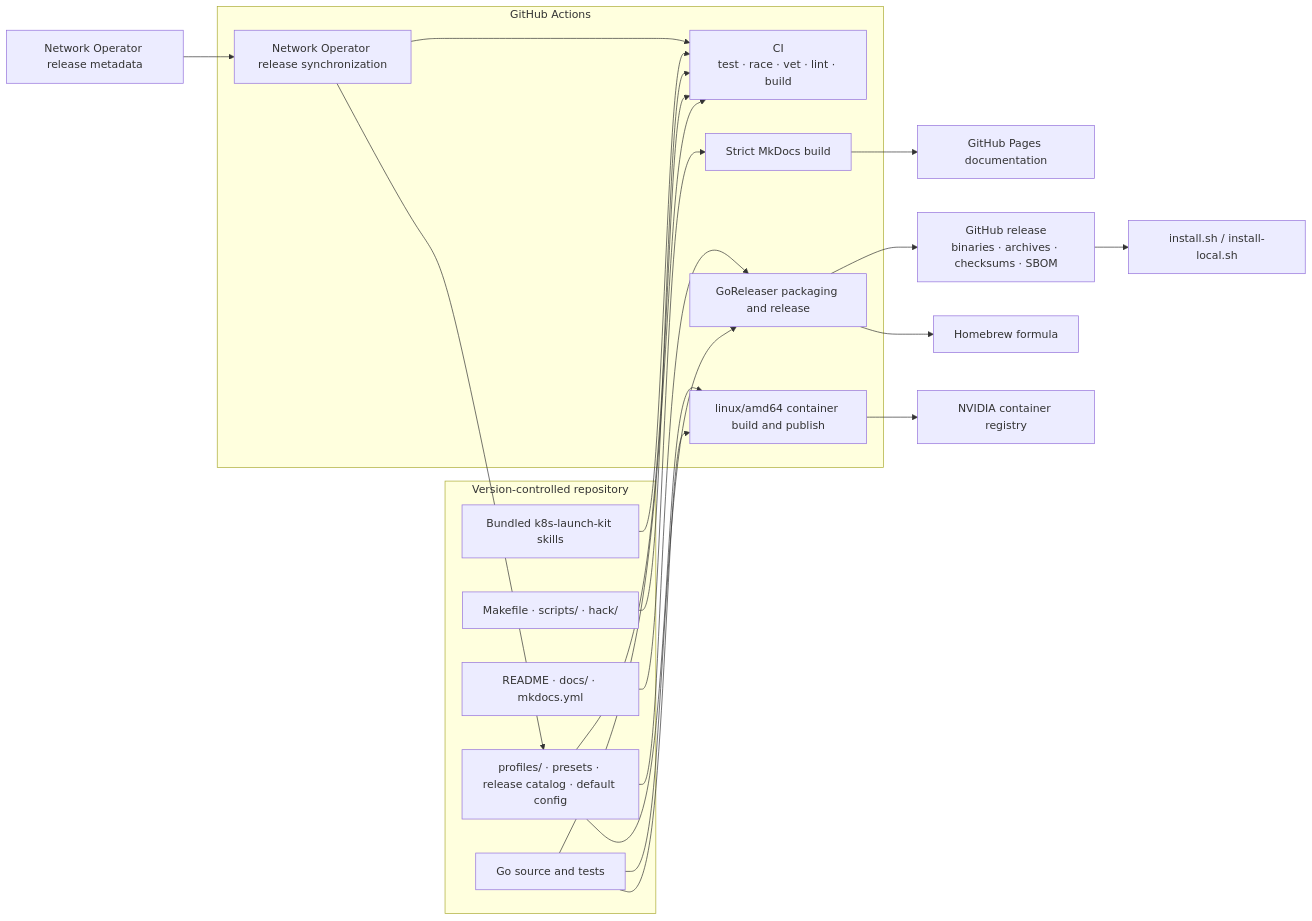
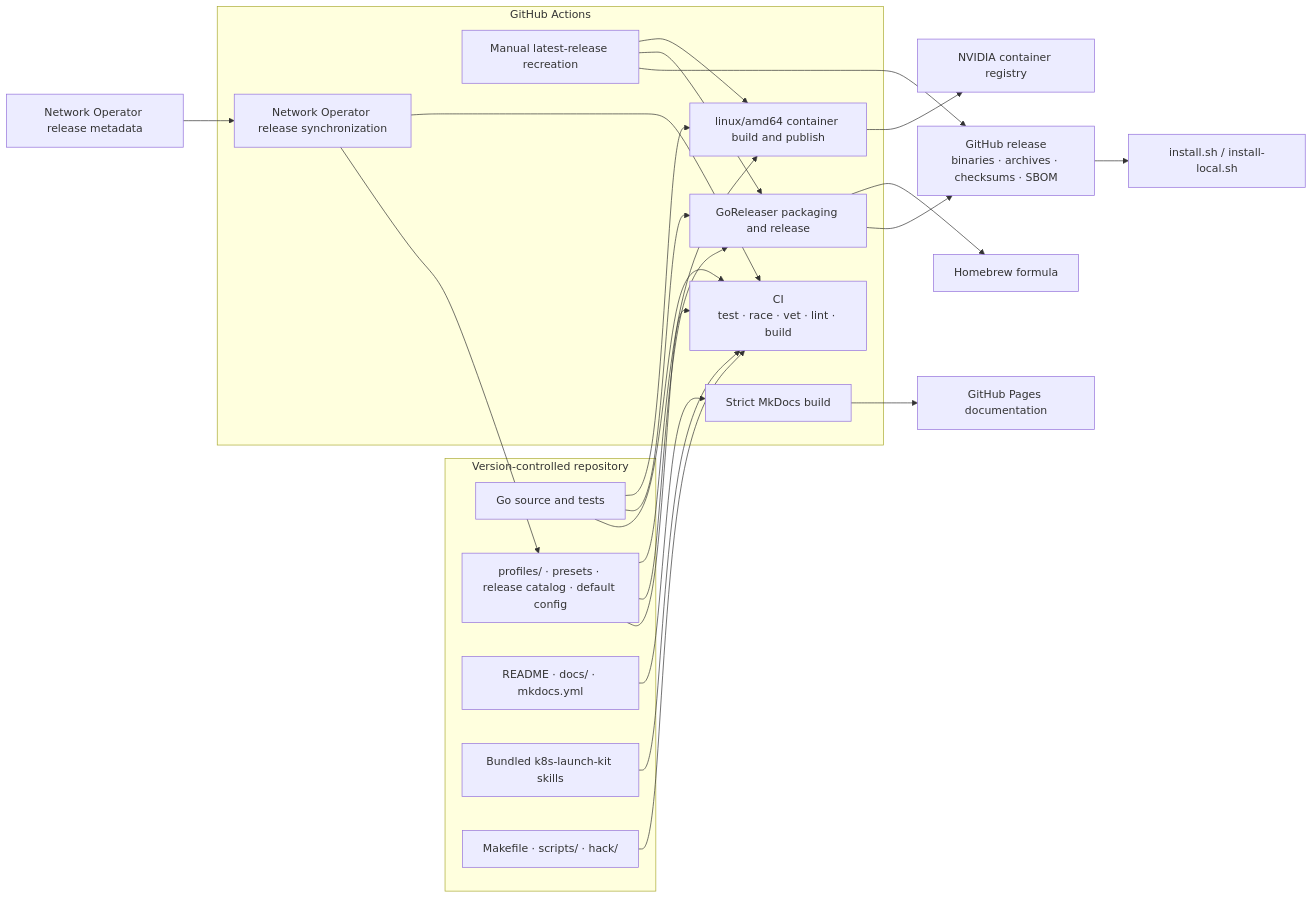
Before and after one commit to NVIDIA/k8s-launch-kit: the fifth of 5 diagrams in docs/architecture/overview.md, drawn with Mermaid. The commit also changed other lines of this file and 2 other files, not shown here.

First line of the commit message:
ci: add manual latest release recreation (#358)

````diff
--- a/docs/architecture/overview.md
+++ b/docs/architecture/overview.md
@@ -335,41 +335,45 @@
 ```mermaid
 flowchart LR
     upstream["Network Operator release metadata"]
 
     subgraph repository["Version-controlled repository"]
         gosource["Go source and tests"]
         embedded["profiles/ · presets · release catalog · default config"]
         docs["README · docs/ · mkdocs.yml"]
         skills["Bundled k8s-launch-kit skills"]
         tooling["Makefile · scripts/ · hack/"]
     end
 
     subgraph automation["GitHub Actions"]
         ci["CI\ntest · race · vet · lint · build"]
         docbuild["Strict MkDocs build"]
         release["GoReleaser packaging and release"]
         image["linux/amd64 container build and publish"]
         sync["Network Operator release synchronization"]
+        recreate["Manual latest-release recreation"]
     end
 
     pages["GitHub Pages documentation"]
     releases["GitHub release\nbinaries · archives · checksums · SBOM"]
     homebrew["Homebrew formula"]
     installer["install.sh / install-local.sh"]
     registry["NVIDIA container registry"]
 
     gosource --> ci
     embedded --> ci
     tooling --> ci
     docs --> docbuild --> pages
     skills --> ci
     gosource --> release
     embedded --> release --> releases
     release --> homebrew
     releases --> installer
     gosource --> image --> registry
     embedded --> image
     upstream --> sync
     sync --> embedded
     sync --> ci
+    recreate --> releases
+    recreate --> release
+    recreate --> image
 ```
````
